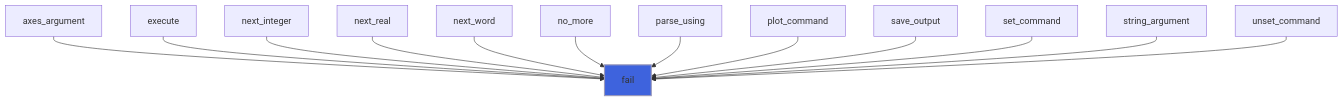
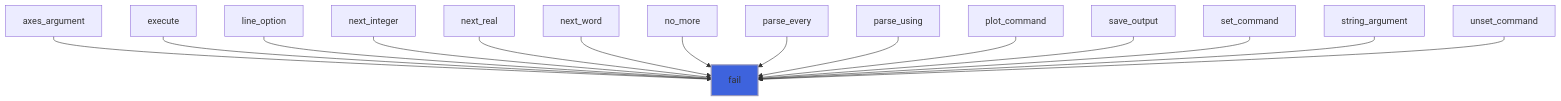
Before and after one commit to szaghi/foresight: diagram 11 of 30 in docs/api/src/lib/foresight_script.md, drawn with Mermaid. The commit also changed other lines of this file and 42 other files, not shown here.

````diff
--- a/docs/api/src/lib/foresight_script.md
+++ b/docs/api/src/lib/foresight_script.md
@@ -407,16 +441,18 @@
 ```mermaid
 flowchart TD
   axes_argument["axes_argument"] --> fail["fail"]
   execute["execute"] --> fail["fail"]
+  line_option["line_option"] --> fail["fail"]
   next_integer["next_integer"] --> fail["fail"]
   next_real["next_real"] --> fail["fail"]
   next_word["next_word"] --> fail["fail"]
   no_more["no_more"] --> fail["fail"]
+  parse_every["parse_every"] --> fail["fail"]
   parse_using["parse_using"] --> fail["fail"]
   plot_command["plot_command"] --> fail["fail"]
   save_output["save_output"] --> fail["fail"]
   set_command["set_command"] --> fail["fail"]
   string_argument["string_argument"] --> fail["fail"]
   unset_command["unset_command"] --> fail["fail"]
   style fail fill:#3e63dd,stroke:#99b,stroke-width:2px
 ```
````
